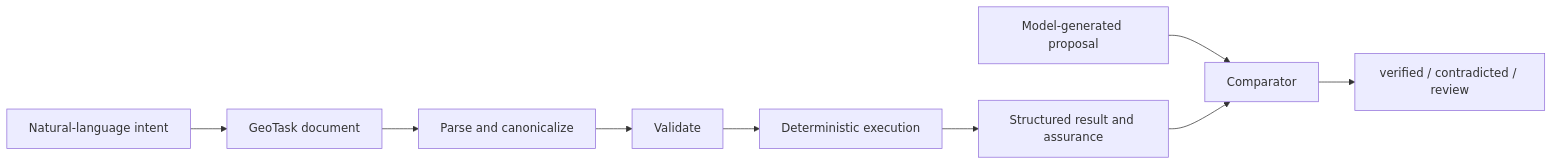
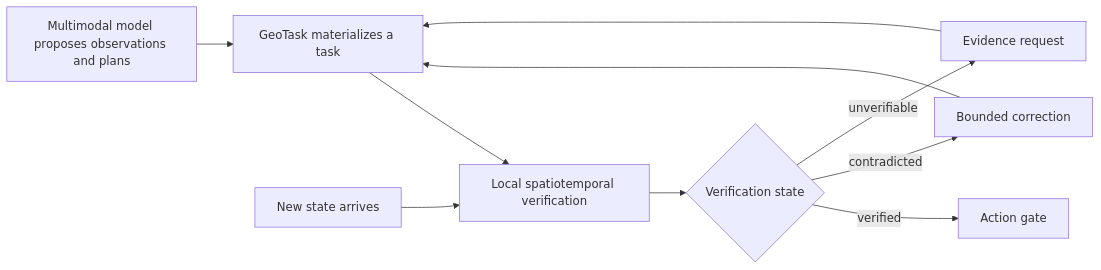
Before and after one commit to stpku/GeoTask: the diagram in README.en.md, drawn with Mermaid. The commit also changed other lines of this file and 9 other files, not shown here.

Commit message:
docs(positioning): frame GeoTask as correction layer

````diff
--- a/README.en.md
+++ b/README.en.md
@@ -47,11 +56,12 @@
 ```mermaid
 flowchart LR
-  A[Natural-language intent] --> B[GeoTask document]
-  B --> C[Parse and canonicalize]
-  C --> D[Validate]
-  D --> E[Deterministic execution]
-  E --> F[Structured result and assurance]
-  M[Model-generated proposal] --> G[Comparator]
-  F --> G
-  G --> H[verified / contradicted / review]
+  M[Multimodal model proposes observations and plans] --> T[GeoTask materializes a task]
+  T --> V[Local spatiotemporal verification]
+  V --> S{Verification state}
+  S -->|verified| G[Action gate]
+  S -->|contradicted| C[Bounded correction]
+  S -->|unverifiable| E[Evidence request]
+  C --> T
+  E --> T
+  N[New state arrives] --> V
 ```
````
